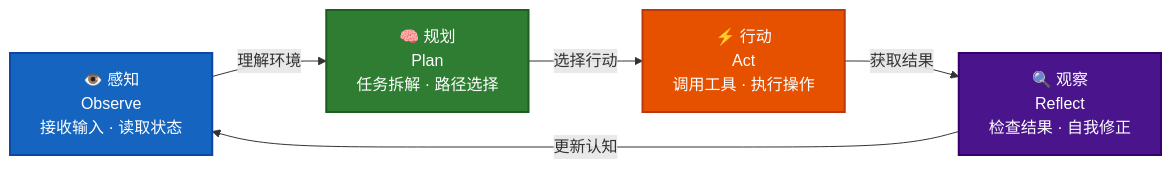
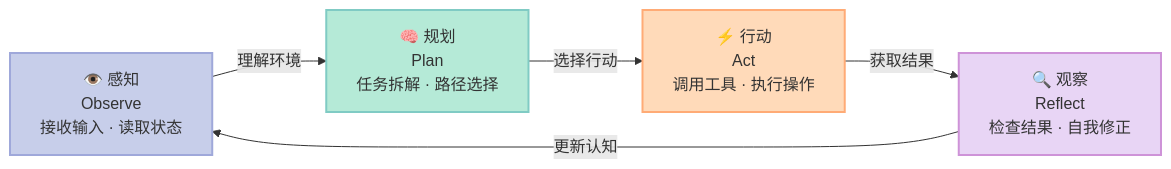
The first of 5 diagrams in _posts/2026-04-14-ai-agent-principles-and-practice.md (xuqi2024/xuqi2024.github.io), drawn with Mermaid before and after one commit. The commit also changed other lines of this file and 2 other files, not shown here.

````diff
--- a/_posts/2026-04-14-ai-agent-principles-and-practice.md
+++ b/_posts/2026-04-14-ai-agent-principles-and-practice.md
@@ -44,17 +44,17 @@
 ```mermaid
 graph LR
     OB["👁️ 感知\nObserve\n接收输入 · 读取状态"]
     PL["🧠 规划\nPlan\n任务拆解 · 路径选择"]
     AC["⚡ 行动\nAct\n调用工具 · 执行操作"]
     RF["🔍 观察\nReflect\n检查结果 · 自我修正"]
 
     OB -->|"理解环境"| PL
     PL -->|"选择行动"| AC
     AC -->|"获取结果"| RF
     RF -->|"更新认知"| OB
 
-    style OB fill:#1565C0,color:#fff,stroke:#0D47A1,stroke-width:2px
-    style PL fill:#2E7D32,color:#fff,stroke:#1B5E20,stroke-width:2px
-    style AC fill:#E65100,color:#fff,stroke:#BF360C,stroke-width:2px
-    style RF fill:#4A148C,color:#fff,stroke:#38006b,stroke-width:2px
+    style OB fill:#C7CEEA,stroke:#9FA8DA,color:#333,stroke-width:2px
+    style PL fill:#B5EAD7,stroke:#80CBC4,color:#333,stroke-width:2px
+    style AC fill:#FFDAB9,stroke:#FFAB76,color:#333,stroke-width:2px
+    style RF fill:#E8D5F5,stroke:#CE93D8,color:#333,stroke-width:2px
 ```
````
